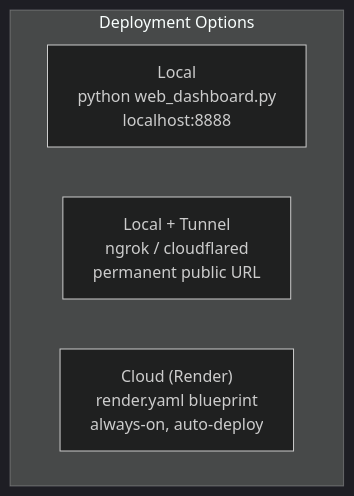
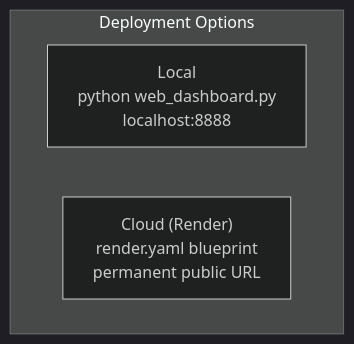
One commit to serenakeyitan/alpaca-papertrading-CLI changed the second of 3 diagrams in skills/paper-trade/README.md. Above: the diagram before and after it, drawn with Mermaid (dark theme). The commit also changed other lines of this file and 6 other files, not shown here.

First line of the commit message:
Remove tunnel infrastructure (ngrok/cloudflare), use Render for deployment

````diff
--- a/skills/paper-trade/README.md
+++ b/skills/paper-trade/README.md
@@ -43,9 +43,8 @@
 ```mermaid
 flowchart TB
     subgraph Deploy["Deployment Options"]
         direction LR
         Local["Local\npython web_dashboard.py\nlocalhost:8888"]
-        Tunnel["Local + Tunnel\nngrok / cloudflared\npermanent public URL"]
-        Cloud["Cloud (Render)\nrender.yaml blueprint\nalways-on, auto-deploy"]
+        Tunnel["Cloud (Render)\nrender.yaml blueprint\npermanent public URL"]
     end
 ```
````
